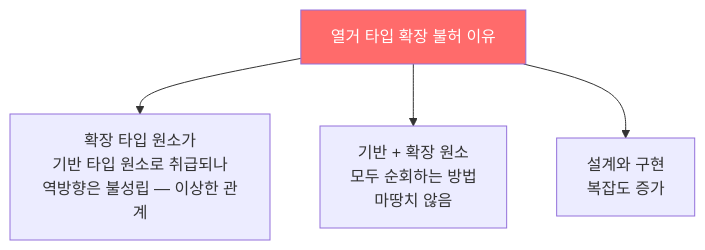
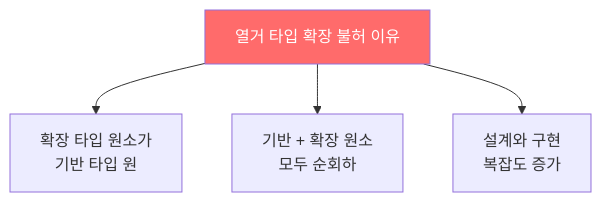
One commit to yjkim2015/yjkim2015.github.io changed the first of 3 diagrams in _posts/java/2022-01-15-effective-java38.md. Above: the diagram before and after it, drawn with Mermaid. The commit also changed other lines of this file and 271 other files, not shown here.

First line of the commit message:
Mermaid 라벨 축소: 긴 노드 텍스트 18자 이하로 트림 + \n 제거

````diff
--- a/_posts/java/2022-01-15-effective-java38.md
+++ b/_posts/java/2022-01-15-effective-java38.md
@@ -20,7 +20,7 @@
 ```mermaid
 graph TD
-    A["열거 타입 확장 불허 이유"] --> B["확장 타입 원소가\n기반 타입 원소로 취급되나\n역방향은 불성립 — 이상한 관계"]
-    A --> C["기반 + 확장 원소\n모두 순회하는 방법\n마땅치 않음"]
+    A["열거 타입 확장 불허 이유"] --> B["확장 타입 원소가\n기반 타입 원"]
+    A --> C["기반 + 확장 원소\n모두 순회하"]
     A --> D["설계와 구현\n복잡도 증가"]
     style A fill:#ff6b6b,color:#fff
 ```
````
